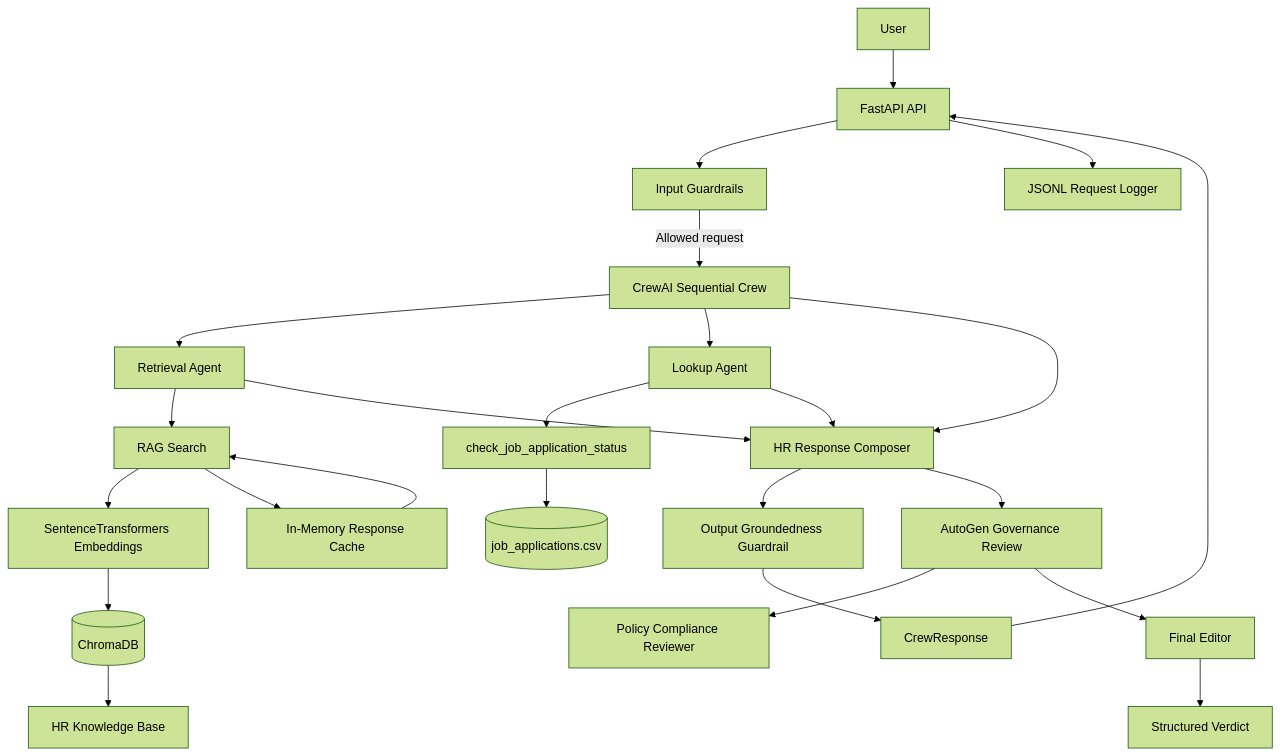
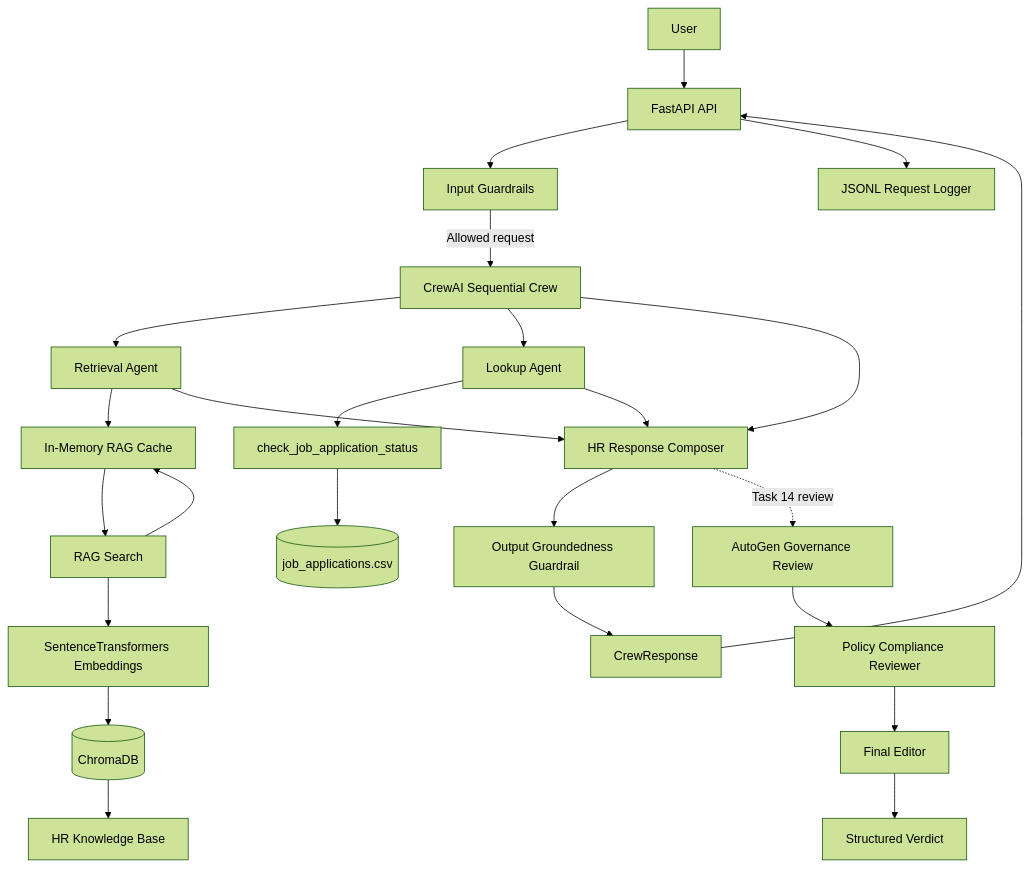
Before and after one commit to Dipanshu956/naukri-domain-support-agent: the diagram in README.md, drawn with Mermaid (forest theme). The commit also changed other lines of this file, not shown here.

````diff
--- a/README.md
+++ b/README.md
@@ -158,35 +163,36 @@
 ```mermaid
 flowchart TD
+
     U[User] --> API[FastAPI API]
     API --> IG[Input Guardrails]
-
     IG -->|Allowed request| CREW[CrewAI Sequential Crew]
 
     CREW --> RA[Retrieval Agent]
     CREW --> LA[Lookup Agent]
     CREW --> CA[HR Response Composer]
 
-    RA --> RAG[RAG Search]
+    RA --> CACHE[In-Memory RAG Cache]
+    CACHE --> RAG[RAG Search]
     RAG --> EMB[SentenceTransformers Embeddings]
     EMB --> CHROMA[(ChromaDB)]
     CHROMA --> KB[HR Knowledge Base]
+
+    RAG --> CACHE
 
     LA --> LOOKUP[check_job_application_status]
     LOOKUP --> CSV[(job_applications.csv)]
 
     RA --> CA
     LA --> CA
 
     CA --> OG[Output Groundedness Guardrail]
     OG --> RESP[CrewResponse]
     RESP --> API
+
     API --> LOG[JSONL Request Logger]
 
-    CA --> AG[AutoGen Governance Review]
+    CA -. Task 14 review .-> AG[AutoGen Governance Review]
     AG --> REVIEW[Policy Compliance Reviewer]
-    AG --> EDITOR[Final Editor]
+    REVIEW --> EDITOR[Final Editor]
     EDITOR --> VERDICT[Structured Verdict]
-
-    RAG --> CACHE[In-Memory Response Cache]
-    CACHE --> RAG
 ```
````
